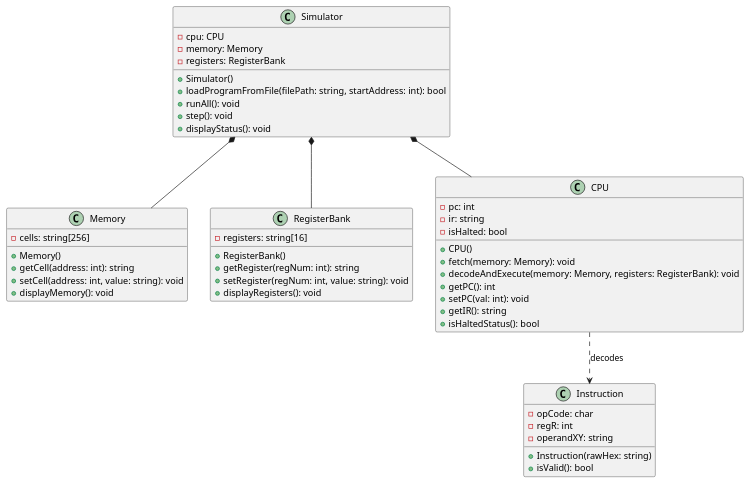
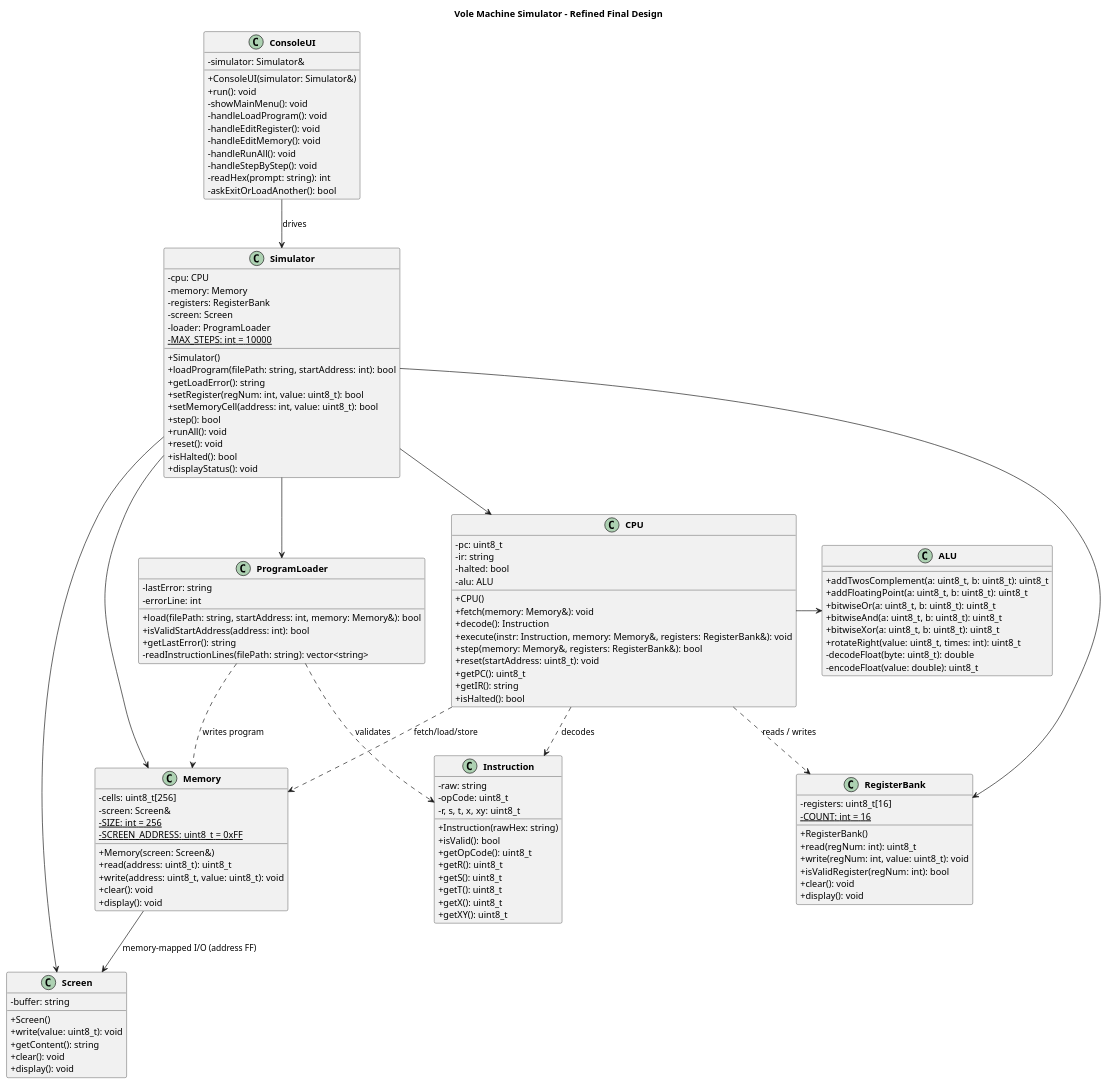
One commit to Baraa80/CS213-Vole-Machine-Simulator changed the diagram in design/initial_design.puml. Above: the diagram before and after it, drawn with PlantUML.

Commit message:
Code of Final Design

```diff
--- a/design/initial_design.puml
+++ b/design/initial_design.puml
@@ -1,54 +1,139 @@
 @startuml
+title Vole Machine Simulator - Refined Final Design
+
+skinparam classAttributeIconSize 0
+skinparam classFontStyle bold
+skinparam nodesep 40
+skinparam ranksep 55
+
+class ConsoleUI {
+  - simulator: Simulator&
+  + ConsoleUI(simulator: Simulator&)
+  + run(): void
+  - showMainMenu(): void
+  - handleLoadProgram(): void
+  - handleEditRegister(): void
+  - handleEditMemory(): void
+  - handleRunAll(): void
+  - handleStepByStep(): void
+  - readHex(prompt: string): int
+  - askExitOrLoadAnother(): bool
+}
+
+class Simulator {
+  - cpu: CPU
+  - memory: Memory
+  - registers: RegisterBank
+  - screen: Screen
+  - loader: ProgramLoader
+  - {static} MAX_STEPS: int = 10000
+  + Simulator()
+  + loadProgram(filePath: string, startAddress: int): bool
+  + getLoadError(): string
+  + setRegister(regNum: int, value: uint8_t): bool
+  + setMemoryCell(address: int, value: uint8_t): bool
+  + step(): bool
+  + runAll(): void
+  + reset(): void
+  + isHalted(): bool
+  + displayStatus(): void
+}
+
+class CPU {
+  - pc: uint8_t
+  - ir: string
+  - halted: bool
+  - alu: ALU
+  + CPU()
+  + fetch(memory: Memory&): void
+  + decode(): Instruction
+  + execute(instr: Instruction, memory: Memory&, registers: RegisterBank&): void
+  + step(memory: Memory&, registers: RegisterBank&): bool
+  + reset(startAddress: uint8_t): void
+  + getPC(): uint8_t
+  + getIR(): string
+  + isHalted(): bool
+}
+
+class ALU {
+  + addTwosComplement(a: uint8_t, b: uint8_t): uint8_t
+  + addFloatingPoint(a: uint8_t, b: uint8_t): uint8_t
+  + bitwiseOr(a: uint8_t, b: uint8_t): uint8_t
+  + bitwiseAnd(a: uint8_t, b: uint8_t): uint8_t
+  + bitwiseXor(a: uint8_t, b: uint8_t): uint8_t
+  + rotateRight(value: uint8_t, times: int): uint8_t
+  - decodeFloat(byte: uint8_t): double
+  - encodeFloat(value: double): uint8_t
+}
+
 class Memory {
-    - cells: string[256]
-    + Memory()
-    + getCell(address: int): string
-    + setCell(address: int, value: string): void
-    + displayMemory(): void
+  - cells: uint8_t[256]
+  - screen: Screen&
+  - {static} SIZE: int = 256
+  - {static} SCREEN_ADDRESS: uint8_t = 0xFF
+  + Memory(screen: Screen&)
+  + read(address: uint8_t): uint8_t
+  + write(address: uint8_t, value: uint8_t): void
+  + clear(): void
+  + display(): void
 }
 
 class RegisterBank {
-    - registers: string[16]
-    + RegisterBank()
-    + getRegister(regNum: int): string
-    + setRegister(regNum: int, value: string): void
-    + displayRegisters(): void
+  - registers: uint8_t[16]
+  - {static} COUNT: int = 16
+  + RegisterBank()
+  + read(regNum: int): uint8_t
+  + write(regNum: int, value: uint8_t): void
+  + isValidRegister(regNum: int): bool
+  + clear(): void
+  + display(): void
 }
 
-class CPU {
-    - pc: int
-    - ir: string
-    - isHalted: bool
-    + CPU()
-    + fetch(memory: Memory): void
-    + decodeAndExecute(memory: Memory, registers: RegisterBank): void
-    + getPC(): int
-    + setPC(val: int): void
-    + getIR(): string
-    + isHaltedStatus(): bool
+class Screen {
+  - buffer: string
+  + Screen()
+  + write(value: uint8_t): void
+  + getContent(): string
+  + clear(): void
+  + display(): void
 }
 
 class Instruction {
-    - opCode: char
-    - regR: int
-    - operandXY: string
-    + Instruction(rawHex: string)
-    + isValid(): bool
+  - raw: string
+  - opCode: uint8_t
+  - r, s, t, x, xy: uint8_t
+  + Instruction(rawHex: string)
+  + isValid(): bool
+  + getOpCode(): uint8_t
+  + getR(): uint8_t
+  + getS(): uint8_t
+  + getT(): uint8_t
+  + getX(): uint8_t
+  + getXY(): uint8_t
 }
 
-class Simulator {
-    - cpu: CPU
-    - memory: Memory
-    - registers: RegisterBank
-    + Simulator()
-    + loadProgramFromFile(filePath: string, startAddress: int): bool
-    + runAll(): void
-    + step(): void
-    + displayStatus(): void
+class ProgramLoader {
+  - lastError: string
+  - errorLine: int
+  + load(filePath: string, startAddress: int, memory: Memory&): bool
+  + isValidStartAddress(address: int): bool
+  + getLastError(): string
+  - readInstructionLines(filePath: string): vector<string>
 }
 
-Simulator *-- CPU
-Simulator *-- Memory
-Simulator *-- RegisterBank
+ConsoleUI -down-> Simulator : drives
+Simulator -down-> CPU
+Simulator -down-> Memory
+Simulator -down-> RegisterBank
+Simulator -right-> ProgramLoader
+Simulator -down-> Screen
+
+CPU -right-> ALU
 CPU ..> Instruction : decodes
+CPU ..> Memory : fetch/load/store
+CPU ..> RegisterBank : reads / writes
+
+Memory -down-> Screen : memory-mapped I/O (address FF)
+ProgramLoader ..> Instruction : validates
+ProgramLoader ..> Memory : writes program
 @enduml
```
